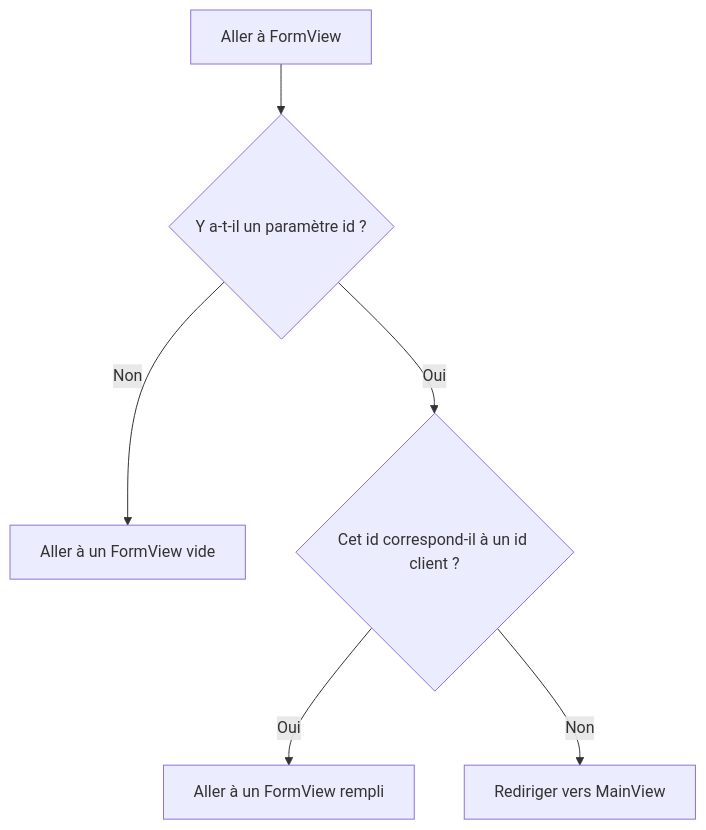
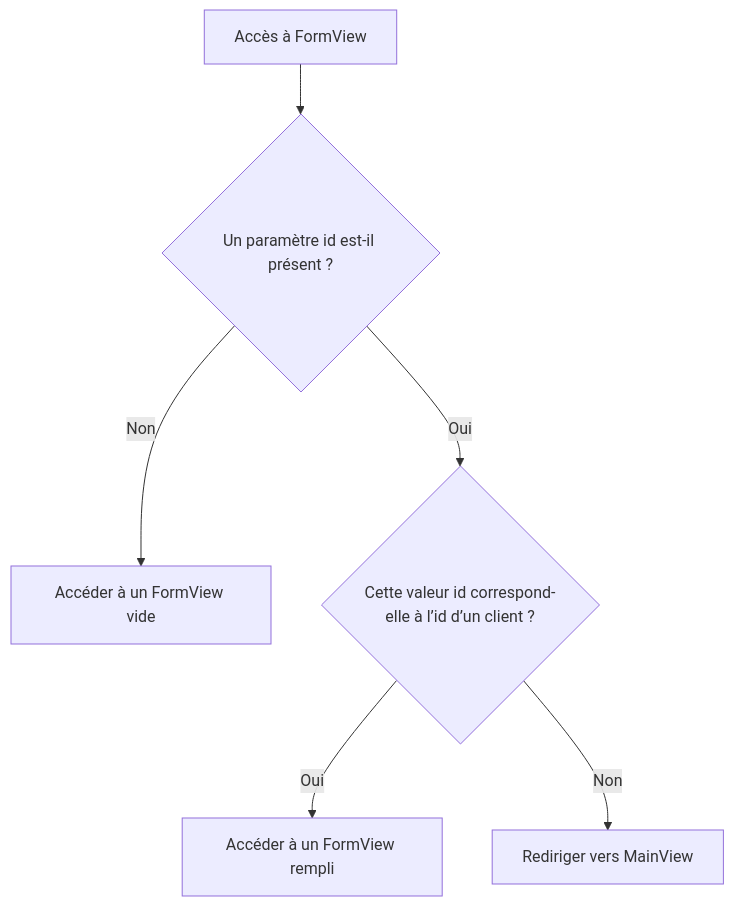
One commit to webforj/webforj-documentation changed the diagram in docs/i18n/fr/docusaurus-plugin-content-docs/current/introduction/tutorial/observers-and-route-parameters.md. Above: the diagram before and after it, drawn with Mermaid. The commit also changed other lines of this file and 120 other files, not shown here.

````diff
--- a/docs/i18n/fr/docusaurus-plugin-content-docs/current/introduction/tutorial/observers-and-route-parameters.md
+++ b/docs/i18n/fr/docusaurus-plugin-content-docs/current/introduction/tutorial/observers-and-route-parameters.md
@@ -72,8 +78,8 @@
 ```mermaid
 flowchart TD
-    A[Aller à FormView] --> B{Y a-t-il un paramètre id ?}
-    B -->|Non| C[Aller à un FormView vide]
-    B -->|Oui| D{Cet id correspond-il à un id client ?}
-    D -->|Oui| E[Aller à un FormView rempli]
+    A[Accès à FormView] --> B{Un paramètre id est-il présent ?}
+    B -->|Non| C[Accéder à un FormView vide]
+    B -->|Oui| D{Cette valeur id correspond-elle à l’id d’un client ?}
+    D -->|Oui| E[Accéder à un FormView rempli]
     D -->|Non| F[Rediriger vers MainView]
 ```
````
